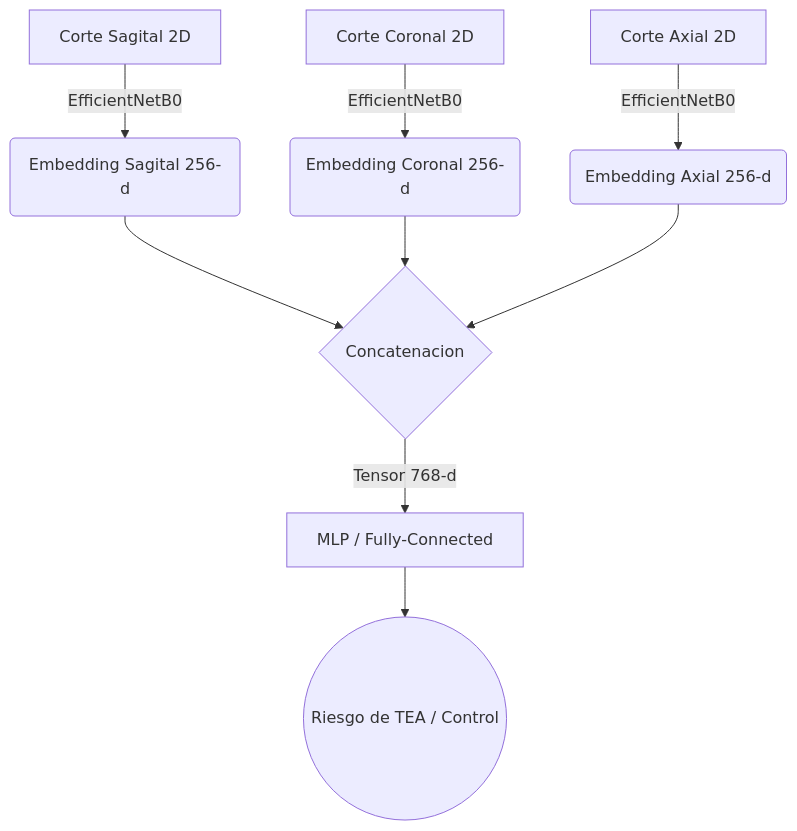
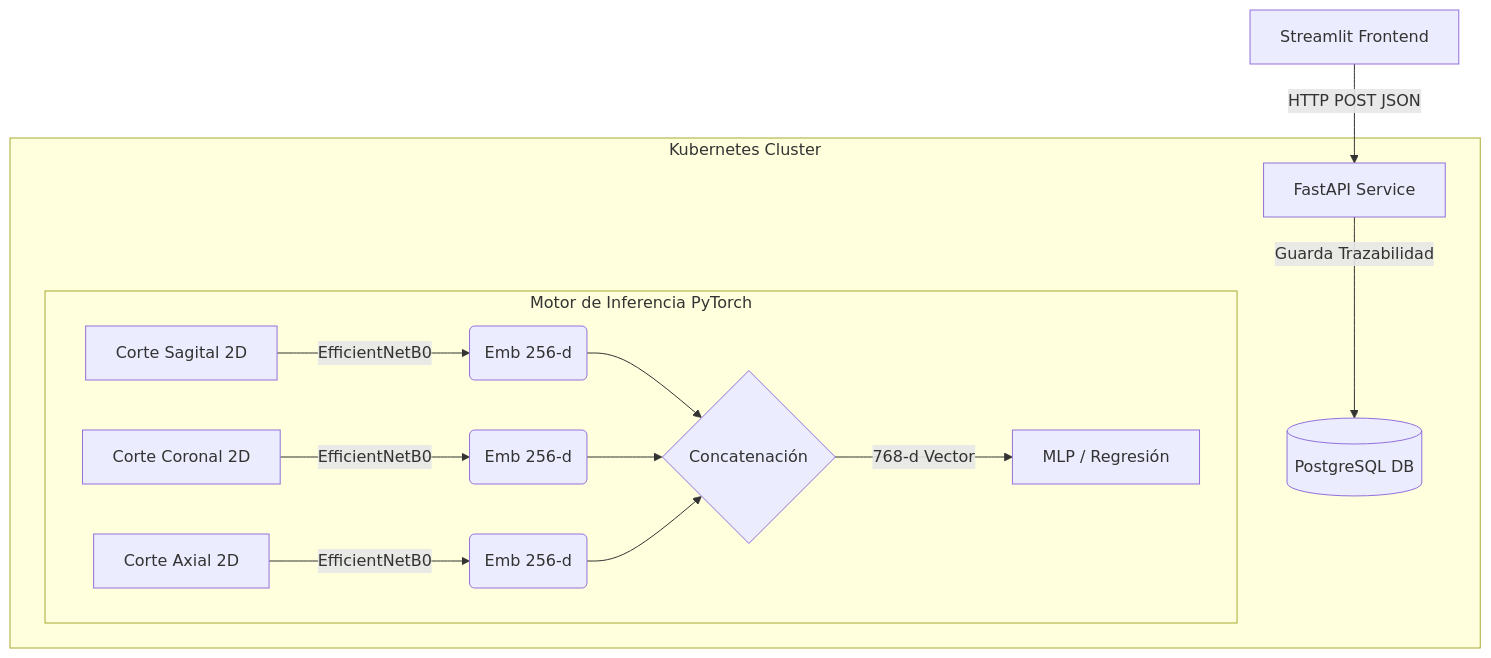
The diagram in README.md (ErnestoSCL/app_prediccion_autismo_fusion_embeddings), drawn with Mermaid before and after one commit. The commit also changed other lines of this file and 16 other files, not shown here.

````diff
--- a/README.md
+++ b/README.md
@@ -28,13 +22,20 @@
 ```mermaid
 graph TD
-    A[Corte Sagital 2D] -->|EfficientNetB0| D(Embedding Sagital 256-d)
-    B[Corte Coronal 2D] -->|EfficientNetB0| E(Embedding Coronal 256-d)
-    C[Corte Axial 2D] -->|EfficientNetB0| F(Embedding Axial 256-d)
-
-    D --> G{Concatenacion}
-    E --> G
-    F --> G
-
-    G -->|Tensor 768-d| H[MLP / Fully-Connected]
-    H --> I((Riesgo de TEA / Control))
+    UI[Streamlit Frontend] -->|HTTP POST JSON| API[FastAPI Service]
+    API -->|Guarda Trazabilidad| DB[(PostgreSQL DB)]
+    
+    subgraph Kubernetes Cluster
+        API
+        DB
+        
+        subgraph Motor de Inferencia PyTorch
+            A[Corte Sagital 2D] -->|EfficientNetB0| D(Emb 256-d)
+            B[Corte Coronal 2D] -->|EfficientNetB0| E(Emb 256-d)
+            C[Corte Axial 2D] -->|EfficientNetB0| F(Emb 256-d)
+            D --> G{Concatenación}
+            E --> G
+            F --> G
+            G -->|768-d Vector| H[MLP / Regresión]
+        end
+    end
 ```
````
